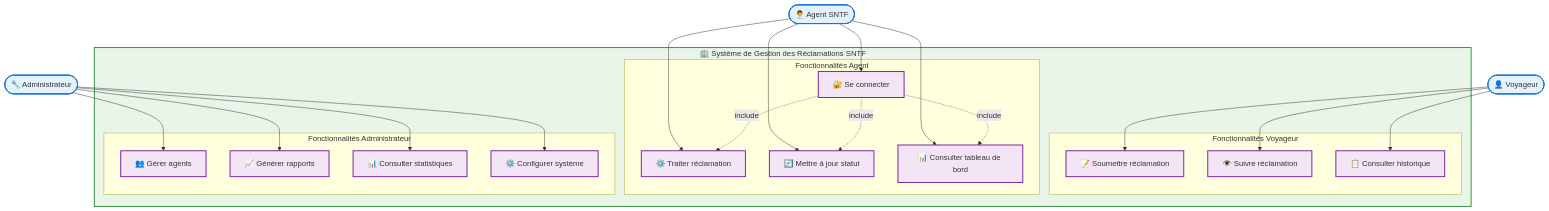
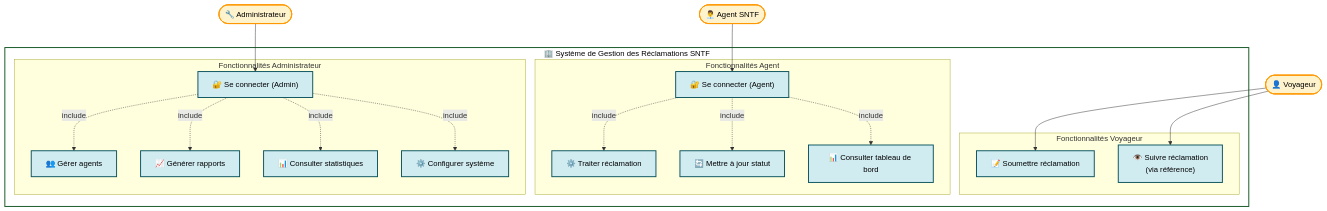
The diagram in others/diagrames_in_mermaids/use_case_diagram.mermaid (adamzadel/projet_GL_sntff), drawn with Mermaid before and after one commit.

Commit message:
use_case_diagram.mermaid

```diff
--- a/others/diagrames_in_mermaids/use_case_diagram.mermaid
+++ b/others/diagrames_in_mermaids/use_case_diagram.mermaid
@@ -1,57 +1,52 @@
-flowchart TB
+flowchart TD
     subgraph System ["🏢 Système de Gestion des Réclamations SNTF"]
         subgraph VoyageurUC ["Fonctionnalités Voyageur"]
             UC1["📝 Soumettre réclamation"]
-            UC2["👁️ Suivre réclamation"]
-            UC3["📋 Consulter historique"]
+            UC2["👁️ Suivre réclamation\n(via référence)"]
         end
-        
+
         subgraph AgentUC ["Fonctionnalités Agent"]
-            UC4["🔐 Se connecter"]
+            UC4["🔐 Se connecter (Agent)"]
             UC5["⚙️ Traiter réclamation"]
             UC6["🔄 Mettre à jour statut"]
             UC7["📊 Consulter tableau de bord"]
         end
-        
+
         subgraph AdminUC ["Fonctionnalités Administrateur"]
+            UC12["🔐 Se connecter (Admin)"]
             UC8["👥 Gérer agents"]
             UC9["📈 Générer rapports"]
             UC10["📊 Consulter statistiques"]
             UC11["⚙️ Configurer système"]
         end
     end
-    
+
     Voyageur(["👤 Voyageur"])
     Agent(["👨‍💼 Agent SNTF"])
     Admin(["🔧 Administrateur"])
-    
+
     %% Relations Voyageur
     Voyageur --> UC1
     Voyageur --> UC2
-    Voyageur --> UC3
-    
+
     %% Relations Agent
     Agent --> UC4
-    Agent --> UC5
-    Agent --> UC6
-    Agent --> UC7
-    
-    %% Relations Admin
-    Admin --> UC8
-    Admin --> UC9
-    Admin --> UC10
-    Admin --> UC11
-    
-    %% Relations Include
     UC4 -.->|include| UC5
     UC4 -.->|include| UC6
     UC4 -.->|include| UC7
-    
+
+    %% Relations Admin
+    Admin --> UC12
+    UC12 -.->|include| UC8
+    UC12 -.->|include| UC9
+    UC12 -.->|include| UC10
+    UC12 -.->|include| UC11
+
     %% Styles
-    classDef actor fill:#e3f2fd,stroke:#1976d2,stroke-width:2px
-    classDef usecase fill:#f3e5f5,stroke:#7b1fa2,stroke-width:2px
-    classDef system fill:#e8f5e8,stroke:#388e3c,stroke-width:2px
-    
+    classDef actor fill:#fff3cd,stroke:#ff9800,stroke-width:2px,color:#000
+    classDef usecase fill:#d1ecf1,stroke:#0c5460,stroke-width:2px,color:#000
+    classDef system fill:#ffffff,stroke:#155724,stroke-width:2px,color:#000
+
     class Voyageur,Agent,Admin actor
-    class UC1,UC2,UC3,UC4,UC5,UC6,UC7,UC8,UC9,UC10,UC11 usecase
+    class UC1,UC2,UC4,UC5,UC6,UC7,UC8,UC9,UC10,UC11,UC12 usecase
     class System system
```
